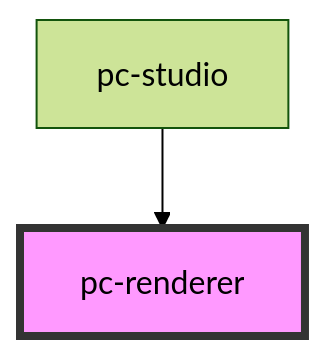
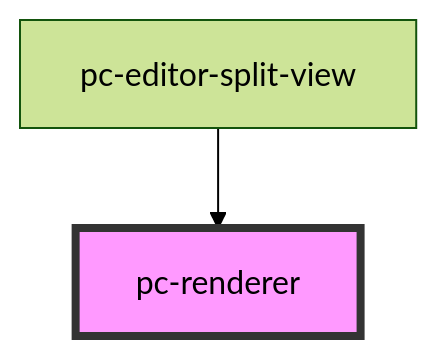
Before and after one commit to bettermusic/studio: the diagram in packages/studio-components/src/components/renderer/readme.md, drawn with Mermaid (forest theme). The commit also changed other lines of this file and 16 other files, not shown here.

Commit message:
rename studio cmp, switch to div vs table renderer, play around some more

````diff
--- a/packages/studio-components/src/components/renderer/readme.md
+++ b/packages/studio-components/src/components/renderer/readme.md
@@ -23,5 +23,5 @@
 ```mermaid
 graph TD;
-  pc-studio --> pc-renderer
+  pc-editor-split-view --> pc-renderer
   style pc-renderer fill:#f9f,stroke:#333,stroke-width:4px
 ```
````
